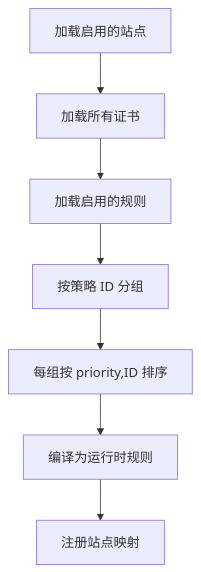
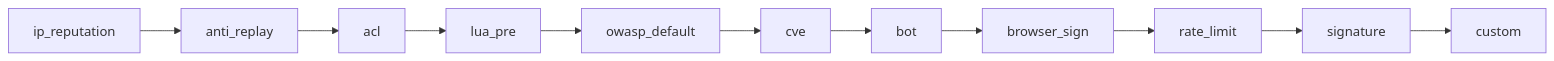
Before and after one commit to x01n/My-OpenWaf: the fifth of 6 diagrams in docs/管理 API 系统/策略管理 API.md, drawn with Mermaid. The commit also changed other lines of this file and 622 other files, not shown here.

````diff
--- a/docs/管理 API 系统/策略管理 API.md
+++ b/docs/管理 API 系统/策略管理 API.md
@@ -202,9 +372,4 @@
 ```mermaid
-flowchart TD
-A["加载启用的站点"] --> B["加载所有证书"]
-B --> C["加载启用的规则"]
-C --> D["按策略 ID 分组"]
-D --> E["每组按 priority,ID 排序"]
-E --> F["编译为运行时规则"]
-F --> G["注册站点映射"]
+flowchart LR
+A["ip_reputation"] --> B["anti_replay"] --> C["acl"] --> D["lua_pre"] --> E["owasp_default"] --> F["cve"] --> G["bot"] --> H["browser_sign"] --> I["rate_limit"] --> J["signature"] --> K["custom"]
 ```
````
